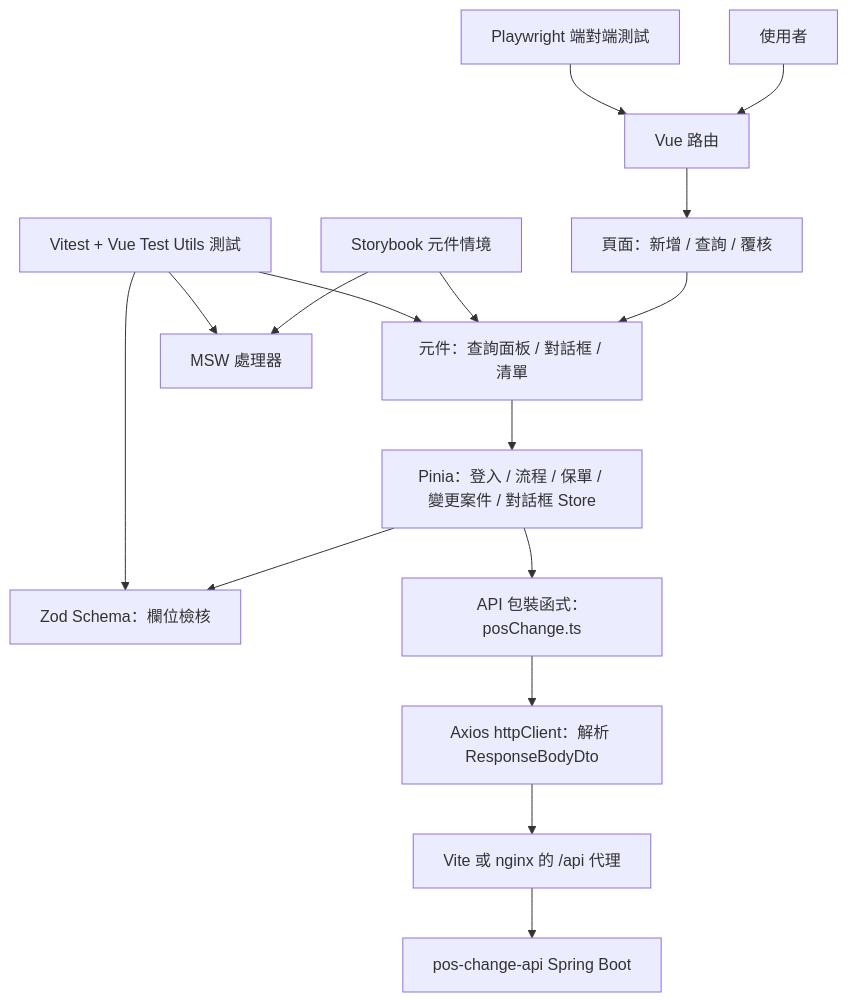
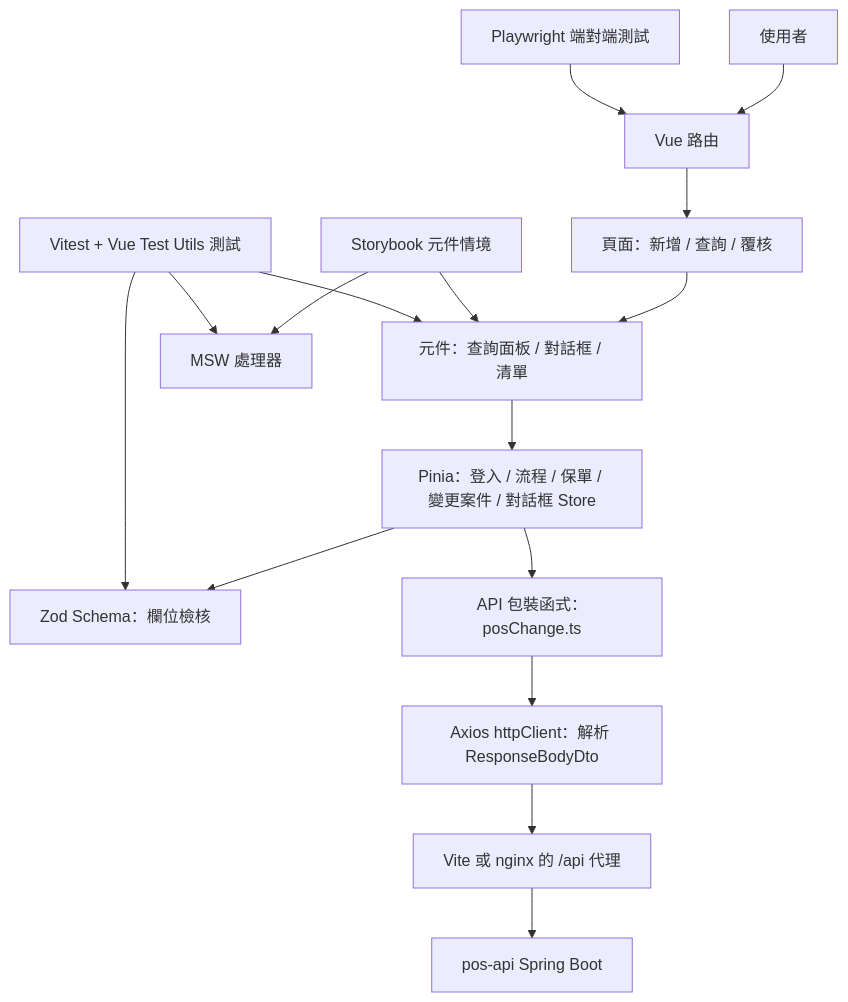
The sixth of 6 diagrams in readme.md (lin-chia-ying0630/pos-web), drawn with Mermaid before and after one commit. The commit also changed other lines of this file and 82 other files, not shown here.

````diff
--- a/readme.md
+++ b/readme.md
@@ -357,18 +427,18 @@
 ```mermaid
 flowchart TD
     A["使用者"] --> B["Vue 路由"]
     B --> C["頁面：新增 / 查詢 / 覆核"]
     C --> D["元件：查詢面板 / 對話框 / 清單"]
     D --> E["Pinia：登入 / 流程 / 保單 / 變更案件 / 對話框 Store"]
     E --> F["Zod Schema：欄位檢核"]
     E --> G["API 包裝函式：posChange.ts"]
     G --> H["Axios httpClient：解析 ResponseBodyDto"]
     H --> I["Vite 或 nginx 的 /api 代理"]
-    I --> J["pos-change-api Spring Boot"]
+    I --> J["pos-api Spring Boot"]
     K["Storybook 元件情境"] --> D
     K --> L["MSW 處理器"]
     M["Vitest + Vue Test Utils 測試"] --> D
     M --> F
     M --> L
     N["Playwright 端對端測試"] --> B
 ```
````
